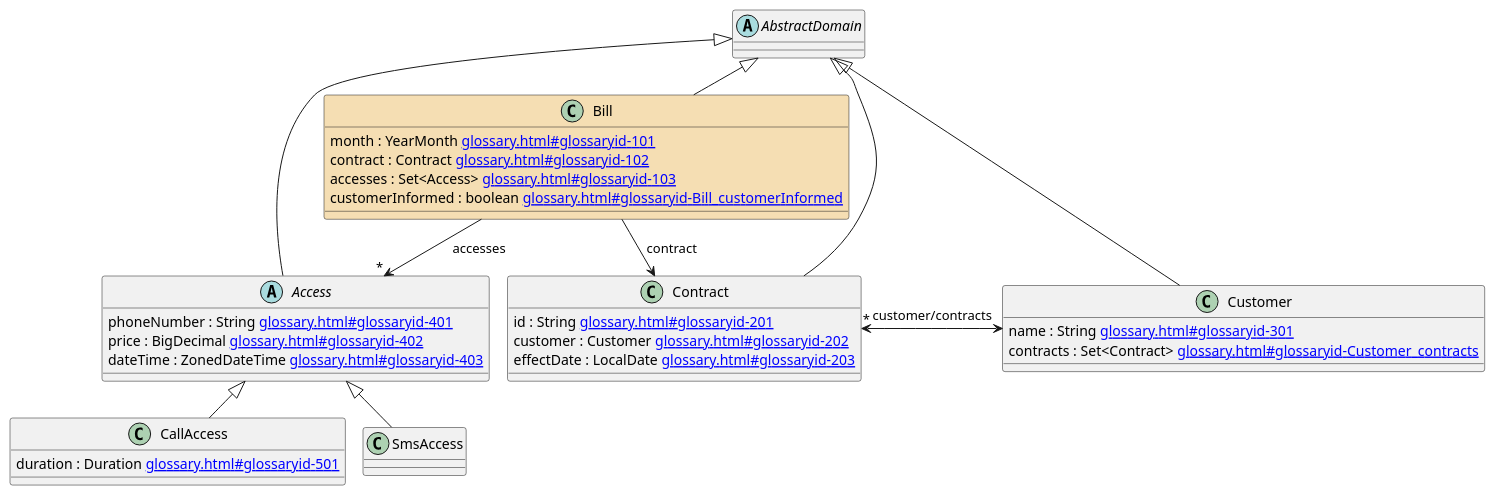
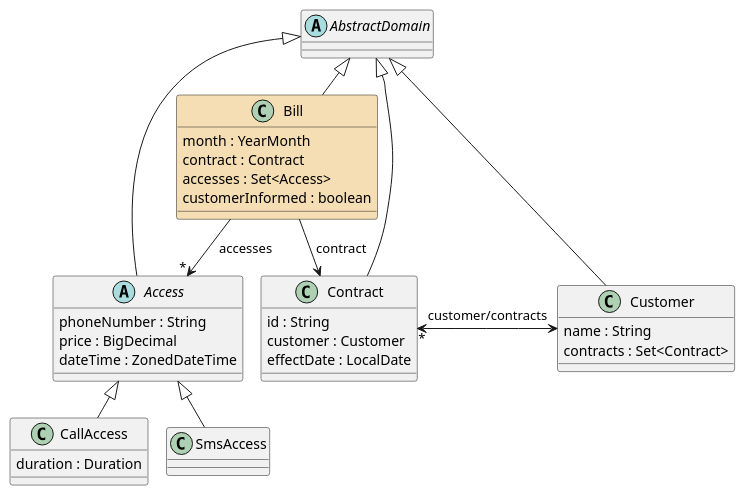
The diagram in livingdoc-maven-plugin/src/it/microservice/src/test/resources/expected/diagram.adoc (jboz/living-documentation), drawn with PlantUML before and after one commit. The commit also changed 8 other files, not shown here.

Commit message:
better links in diagram

```diff
--- a/livingdoc-maven-plugin/src/it/microservice/src/test/resources/expected/diagram.adoc
+++ b/livingdoc-maven-plugin/src/it/microservice/src/test/resources/expected/diagram.adoc
@@ -3,57 +3,50 @@
 [plantuml, diagram, format=png, opts=interactive]
 ----
 @startuml
 !pragma layout smetana
 
 
-
-
-
 abstract class "AbstractDomain" [[glossary.html#glossaryid-AbstractDomain{AbstractDomain}]]
 
 abstract class "Access" [[glossary.html#glossaryid-400{Access}]] {
-  phoneNumber : String [[glossary.html#glossaryid-401{phoneNumber}]]
-  price : BigDecimal [[glossary.html#glossaryid-402{price}]]
-  dateTime : ZonedDateTime [[glossary.html#glossaryid-403{dateTime}]]
+  phoneNumber : String [[[glossary.html#glossaryid-401{phoneNumber}]]]
+  price : BigDecimal [[[glossary.html#glossaryid-402{price}]]]
+  dateTime : ZonedDateTime [[[glossary.html#glossaryid-403{dateTime}]]]
 }
 
 class "Bill" [[glossary.html#glossaryid-100{Bill}]] #wheat {
-  month : YearMonth [[glossary.html#glossaryid-101{month}]]
-  contract : Contract [[glossary.html#glossaryid-102{contract}]]
-  accesses : Set<Access> [[glossary.html#glossaryid-103{accesses}]]
-  customerInformed : boolean [[glossary.html#glossaryid-Bill_customerInformed{customerInformed}]]
+  month : YearMonth [[[glossary.html#glossaryid-101{month}]]]
+  contract : Contract [[[glossary.html#glossaryid-102{contract}]]]
+  accesses : Set<Access> [[[glossary.html#glossaryid-103{accesses}]]]
+  customerInformed : boolean [[[glossary.html#glossaryid-Bill_customerInformed{customerInformed}]]]
 }
 
 class "CallAccess" [[glossary.html#glossaryid-500{CallAccess}]] {
-  duration : Duration [[glossary.html#glossaryid-501{duration}]]
+  duration : Duration [[[glossary.html#glossaryid-501{duration}]]]
 }
 
 class "Contract" [[glossary.html#glossaryid-200{Contract}]] {
-  id : String [[glossary.html#glossaryid-201{id}]]
-  customer : Customer [[glossary.html#glossaryid-202{customer}]]
-  effectDate : LocalDate [[glossary.html#glossaryid-203{effectDate}]]
+  id : String [[[glossary.html#glossaryid-201{id}]]]
+  customer : Customer [[[glossary.html#glossaryid-202{customer}]]]
+  effectDate : LocalDate [[[glossary.html#glossaryid-203{effectDate}]]]
 }
 
 class "Customer" [[glossary.html#glossaryid-300{Customer}]] {
-  name : String [[glossary.html#glossaryid-301{name}]]
-  contracts : Set<Contract> [[glossary.html#glossaryid-Customer_contracts{contracts}]]
+  name : String [[[glossary.html#glossaryid-301{name}]]]
+  contracts : Set<Contract> [[[glossary.html#glossaryid-Customer_contracts{contracts}]]]
 }
 
 class "SmsAccess" [[glossary.html#glossaryid-600{SmsAccess}]]
 
 "AbstractDomain" <|-- "Access"
 "AbstractDomain" <|-- "Bill"
 "AbstractDomain" <|-- "Contract"
 "AbstractDomain" <|-- "Customer"
 "Access" <|-- "CallAccess"
 "Access" <|-- "SmsAccess"
 "Bill" --> "*" "Access" : accesses
 "Bill" --> "Contract" : contract
 "Contract" "*" <-> "Customer" : customer/contracts
 
-
-
-
-
 @enduml
 ----
```
